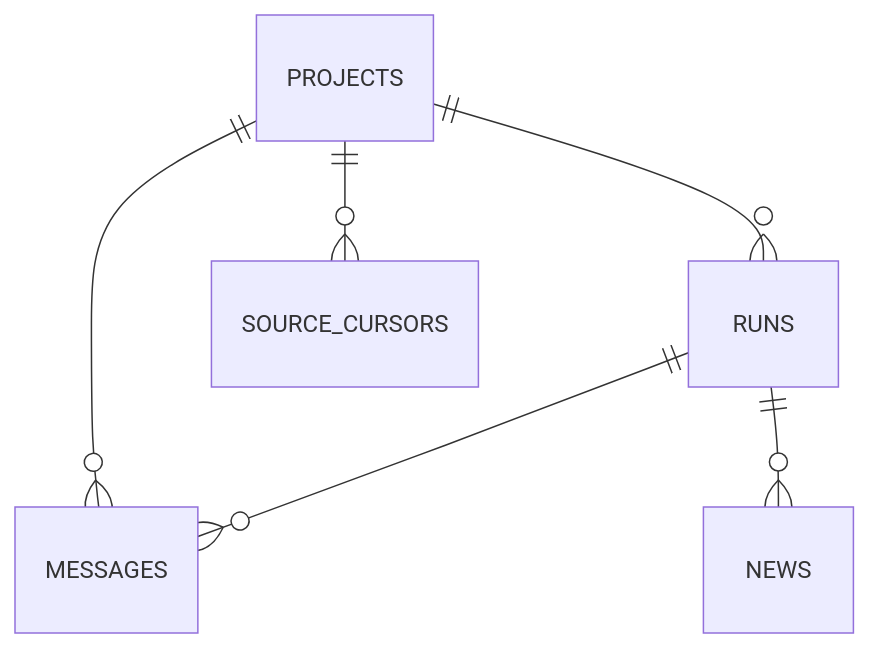
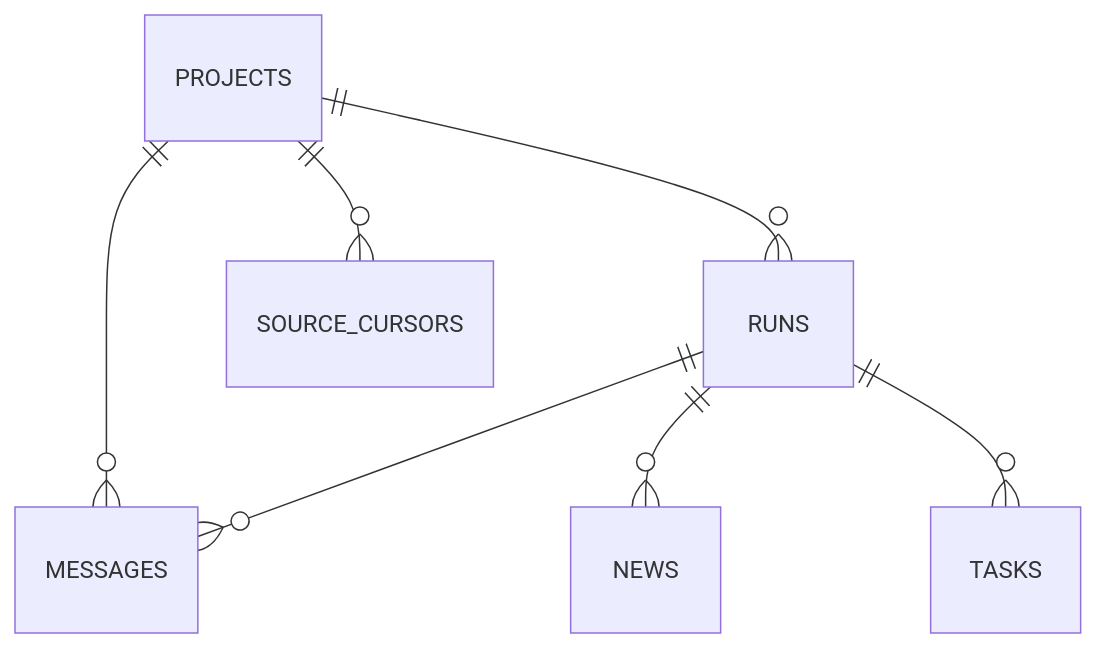
The second of 3 diagrams in docs/SYSTEM_DESIGN_LIGHT.md (larisa-team/ai_product_hack), drawn with Mermaid before and after one commit. The commit also changed other lines of this file and 48 other files, not shown here.

````diff
--- a/docs/SYSTEM_DESIGN_LIGHT.md
+++ b/docs/SYSTEM_DESIGN_LIGHT.md
@@ -69,8 +72,9 @@
 ```mermaid
 erDiagram
     PROJECTS ||--o{ RUNS : ""
     PROJECTS ||--o{ MESSAGES : ""
     PROJECTS ||--o{ SOURCE_CURSORS : ""
     RUNS     ||--o{ MESSAGES : ""
     RUNS     ||--o{ NEWS : ""
+    RUNS     ||--o{ TASKS : ""
 ```
````
